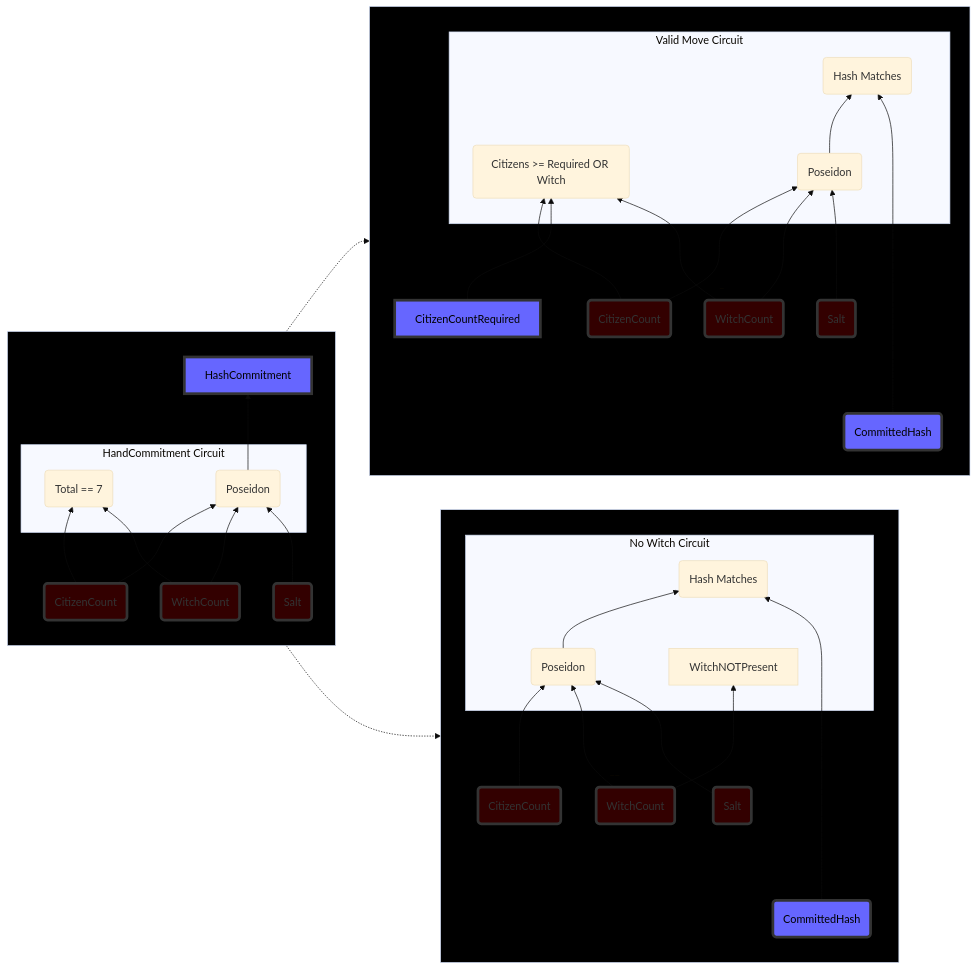
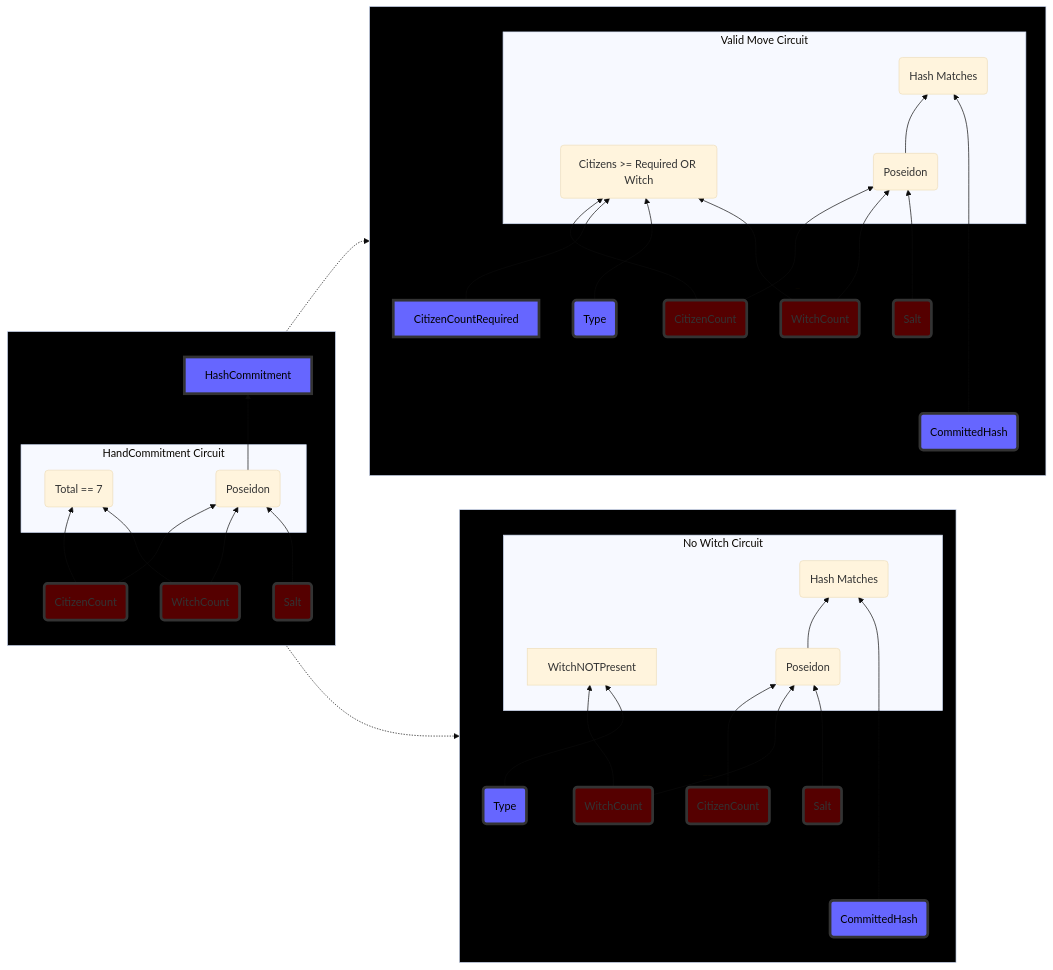
Before and after one commit to ThanksSkeleton/zkwitches: the diagram in docs/circuit_diagram.md, drawn with Mermaid (base theme). The commit also changed 4 other files, not shown here.

```diff
--- a/docs/circuit_diagram.md
+++ b/docs/circuit_diagram.md
@@ -17,7 +17,8 @@
     subgraph ValidMoveGraph
         direction BT
         CC2(CitizenCount) --> VM(Citizens >= Required OR Witch)
-        CitizenCountRequired -->VM    
+        CitizenCountRequired -->VM
+        T2(Type) -->VM     
         CC2 --> P2(Poseidon)
         WC2(WitchCount) --> VM    
         WC2 --> P2
@@ -40,13 +41,14 @@
 
     subgraph NoWitchGraph
         direction BT
+        WC3(WitchCount) --> WitchNOTPresent        
         CC3(CitizenCount) --> P3(Poseidon)
-        WC3(WitchCount) --> WitchNOTPresent
+
         WC3 --> P3
         S3(Salt) --> P3
         P3 --> M3(Hash Matches)
         PH3(CommittedHash) ----> M3 
-
+        T3(Type) --> WitchNOTPresent 
         subgraph No Witch Circuit
             P3
             M3
@@ -70,17 +72,20 @@
     style _ fill:#000000,stroke-width:0px
     style __ fill:#000000,stroke-width:0px
 
-    style CC1 fill:#330000,stroke:#333,stroke-width:4px
-    style CC2 fill:#330000,stroke:#333,stroke-width:4px
-    style CC3 fill:#330000,stroke:#333,stroke-width:4px
+    style CC1 fill:#550000,stroke:#333,stroke-width:4px
+    style CC2 fill:#550000,stroke:#333,stroke-width:4px
+    style CC3 fill:#550000,stroke:#333,stroke-width:4px
 
-    style WC1 fill:#330000,stroke:#333,stroke-width:4px
-    style WC2 fill:#330000,stroke:#333,stroke-width:4px
-    style WC3 fill:#330000,stroke:#333,stroke-width:4px
+    style WC1 fill:#550000,stroke:#333,stroke-width:4px
+    style WC2 fill:#550000,stroke:#333,stroke-width:4px
+    style WC3 fill:#550000,stroke:#333,stroke-width:4px
 
-    style S1 fill:#330000,stroke:#333,stroke-width:4px
-    style S2 fill:#330000,stroke:#333,stroke-width:4px
-    style S3 fill:#330000,stroke:#333,stroke-width:4px
+    style S1 fill:#550000,stroke:#333,stroke-width:4px
+    style S2 fill:#550000,stroke:#333,stroke-width:4px
+    style S3 fill:#550000,stroke:#333,stroke-width:4px
+
+    style T2 fill:#6666FF,stroke:#333,stroke-width:4px,color:#000
+    style T3 fill:#6666FF,stroke:#333,stroke-width:4px,color:#000
 
     style PH2 fill:#6666FF,stroke:#333,stroke-width:4px,color:#000
     style PH3 fill:#6666FF,stroke:#333,stroke-width:4px,color:#000
```
